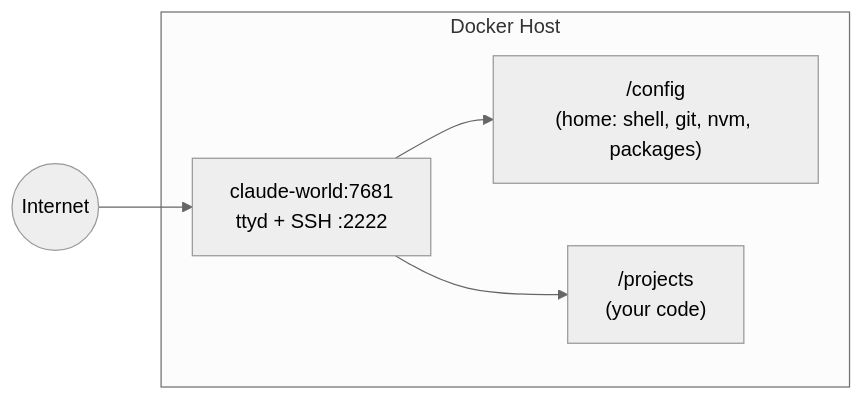
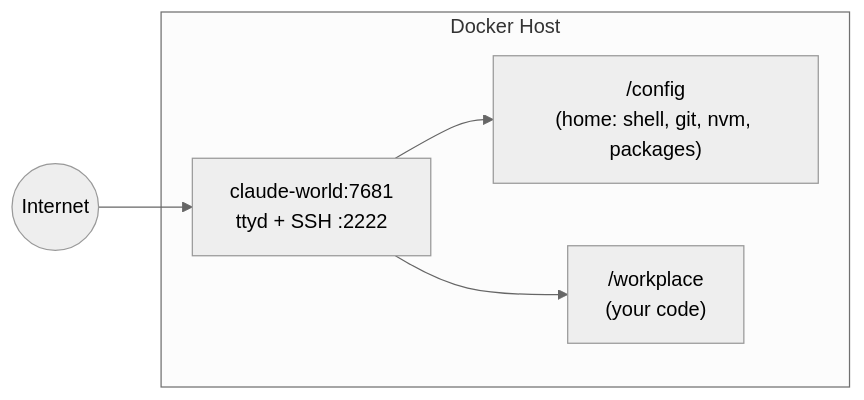
The diagram in README.md (Piero24/Claude-World), drawn with Mermaid (neutral theme) before and after one commit. The commit also changed other lines of this file and 3 other files, not shown here.

Commit message:
fix: update documentation to reflect directory changes from /projects to /workplace

````diff
--- a/README.md
+++ b/README.md
@@ -20,14 +20,14 @@
 ```mermaid
 flowchart LR
     Internet((Internet))
 
     subgraph Host["Docker Host"]
         Dev["claude-world:7681\nttyd + SSH :2222"]
         Config["/config\n(home: shell, git, nvm, packages)"]
-        Projects["/projects\n(your code)"]
+        Workplace["/workplace\n(your code)"]
     end
 
     Internet --> Dev
     Dev --> Config
-    Dev --> Projects
+    Dev --> Workplace
 ```
````
